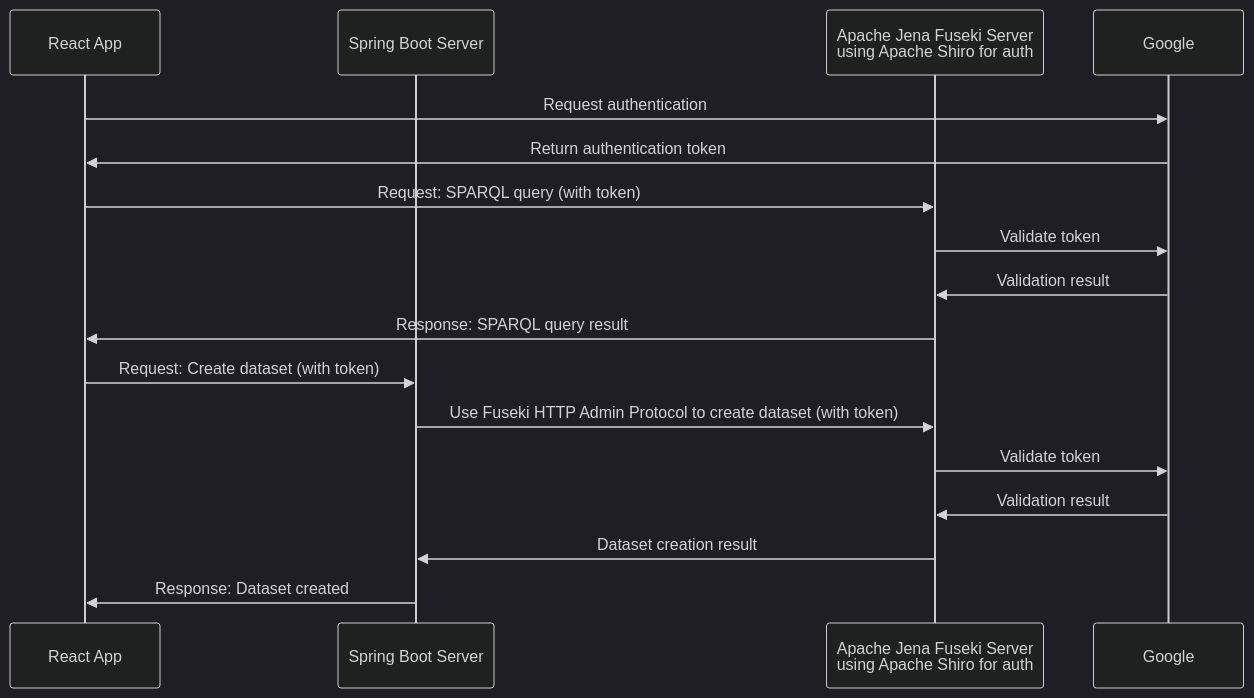
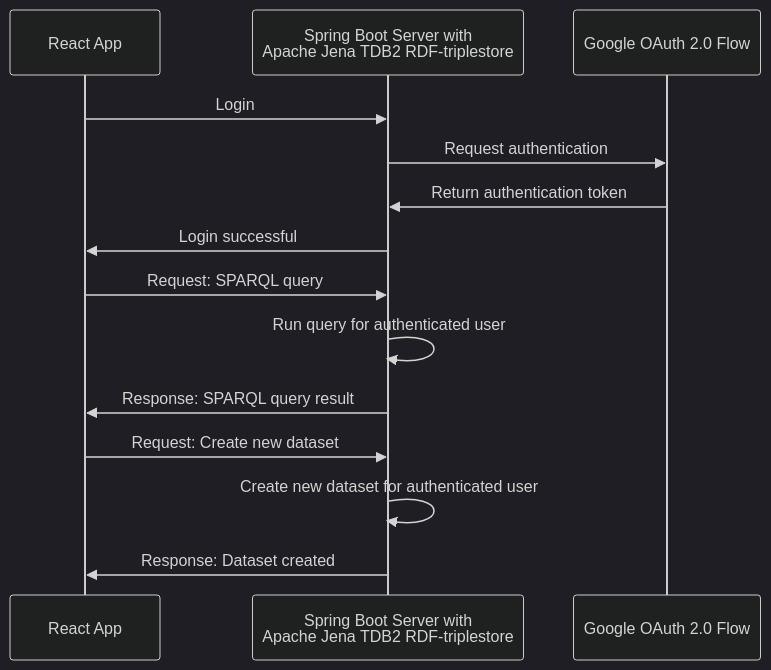
The second of 2 diagrams in doc/README.md (digitalservicebund/knowledge-graph), drawn with Mermaid (dark theme) before and after one commit. The commit also changed other lines of this file, not shown here.

Commit message:
Update architecture and sequence diagrams

````diff
--- a/doc/README.md
+++ b/doc/README.md
@@ -36,22 +28,19 @@
 ```mermaid
 sequenceDiagram
     participant R as React App
-    participant S as Spring Boot Server
-    participant FS as Apache Jena Fuseki Server<br>using Apache Shiro for auth
-    participant G as Google
+    participant ST as Spring Boot Server with<br>Apache Jena TDB2 RDF-triplestore
+    participant G as Google OAuth 2.0 Flow
 
-    R->>G: Request authentication
-    G->>R: Return authentication token
+    R->>ST: Login
+    ST->>G: Request authentication
+    G->>ST: Return authentication token
+    ST->>R: Login successful
 
-    R->>FS: Request: SPARQL query (with token)
-    FS->>G: Validate token
-    G->>FS: Validation result
-    FS->>R: Response: SPARQL query result
+    R->>ST: Request: SPARQL query
+    ST->>ST: Run query for authenticated user
+    ST->>R: Response: SPARQL query result
 
-    R->>S: Request: Create dataset (with token)
-    S->>FS: Use Fuseki HTTP Admin Protocol to create dataset (with token)
-    FS->>G: Validate token
-    G->>FS: Validation result
-    FS->>S: Dataset creation result
-    S->>R: Response: Dataset created
+    R->>ST: Request: Create new dataset
+    ST->>ST: Create new dataset for authenticated user
+    ST->>R: Response: Dataset created
 ```
````
